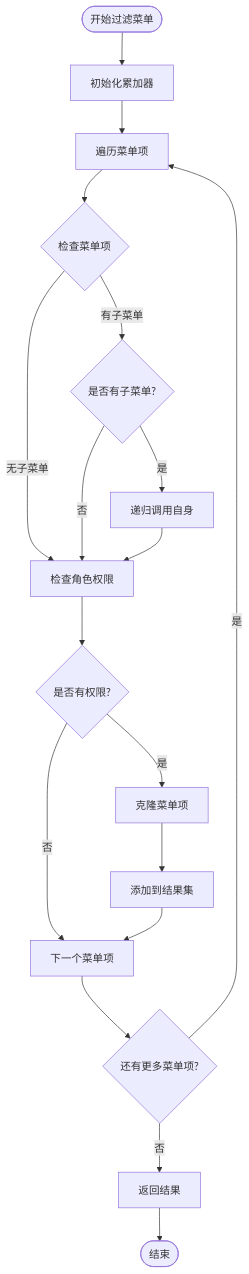
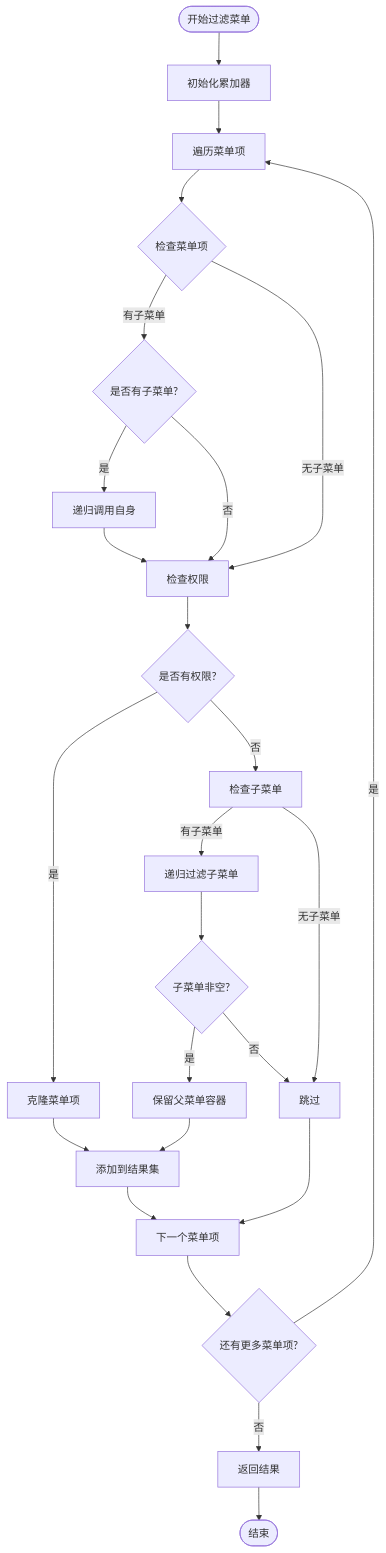
One commit to zengerai/art-design-pro changed the fourth of 8 diagrams in .qoder/repowiki/zh/content/权限管理/路由权限/菜单权限过滤.md. Above: the diagram before and after it, drawn with Mermaid. The commit also changed other lines of this file and 9 other files, not shown here.

````diff
--- a/.qoder/repowiki/zh/content/权限管理/路由权限/菜单权限过滤.md
+++ b/.qoder/repowiki/zh/content/权限管理/路由权限/菜单权限过滤.md
@@ -156,20 +173,27 @@
 ```mermaid
 flowchart TD
 Start([开始过滤菜单]) --> InitAcc[初始化累加器]
 InitAcc --> IterateMenu[遍历菜单项]
 IterateMenu --> CheckItem{检查菜单项}
 CheckItem --> |有子菜单| HasChildren{是否有子菜单?}
-CheckItem --> |无子菜单| CheckRoles[检查角色权限]
+CheckItem --> |无子菜单| CheckPermissions[检查权限]
 HasChildren --> |是| RecursiveCall[递归调用自身]
-HasChildren --> |否| CheckRoles
-RecursiveCall --> CheckRoles
-CheckRoles --> HasPermission{是否有权限?}
+HasChildren --> |否| CheckPermissions
+RecursiveCall --> CheckPermissions
+CheckPermissions --> HasPermission{是否有权限?}
 HasPermission --> |是| CloneItem[克隆菜单项]
-HasPermission --> |否| NextItem[下一个菜单项]
+HasPermission --> |否| CheckChildren[检查子菜单]
+CheckChildren --> |有子菜单| FilterChildren[递归过滤子菜单]
+CheckChildren --> |无子菜单| SkipItem[跳过]
+FilterChildren --> HasFilteredChildren{子菜单非空?}
+HasFilteredChildren --> |是| KeepParent[保留父菜单容器]
+HasFilteredChildren --> |否| SkipItem
 CloneItem --> AddToAcc[添加到结果集]
-AddToAcc --> NextItem
+KeepParent --> AddToAcc
+AddToAcc --> NextItem[下一个菜单项]
+SkipItem --> NextItem
 NextItem --> MoreItems{还有更多菜单项?}
 MoreItems --> |是| IterateMenu
 MoreItems --> |否| ReturnResult[返回结果]
 ReturnResult --> End([结束])
 ```
````
